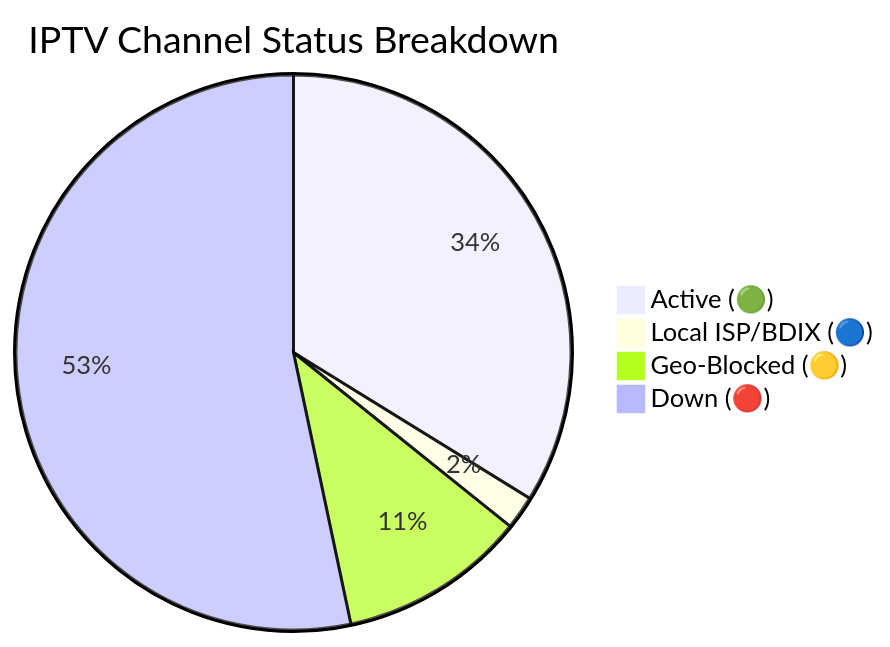
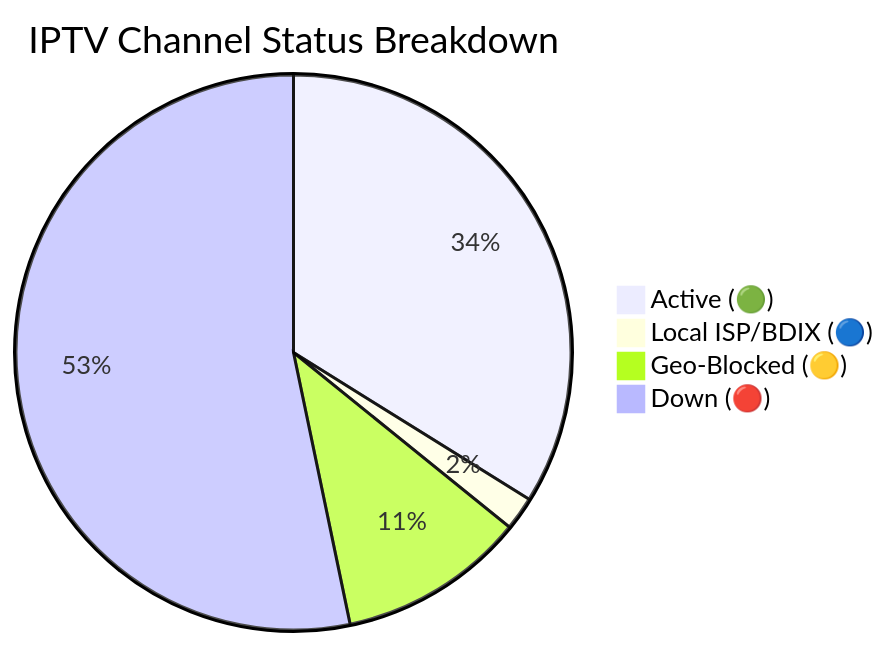
The diagram in README.md (andreataylord/Ip-tv-Collection), drawn with Mermaid before and after one commit. The commit also changed other lines of this file and 1 other file, not shown here.

Commit message:
docs(readme): auto-update daily channel status chart

````diff
--- a/README.md
+++ b/README.md
@@ -59,7 +59,7 @@
 ```mermaid
 pie title IPTV Channel Status Breakdown
-    "Active (🟢)" : 2213
+    "Active (🟢)" : 2217
     "Local ISP/BDIX (🔵)" : 128
-    "Geo-Blocked (🟡)" : 715
-    "Down (🔴)" : 3490
+    "Geo-Blocked (🟡)" : 714
+    "Down (🔴)" : 3487
 ```
````
